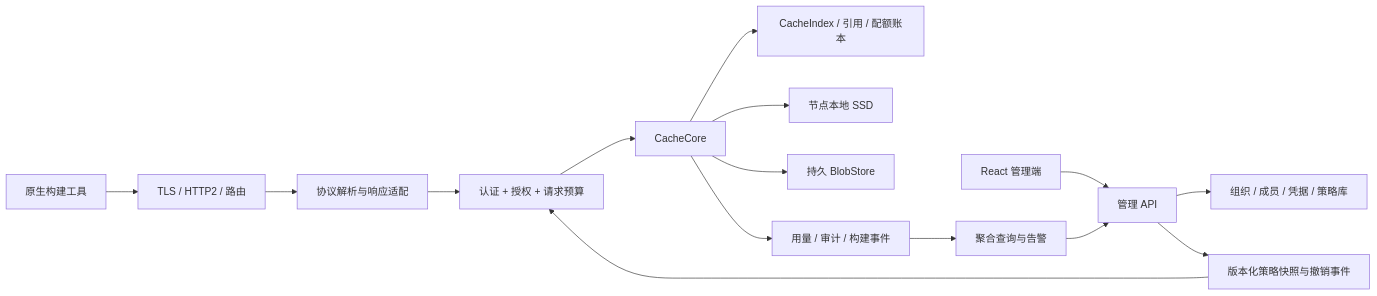
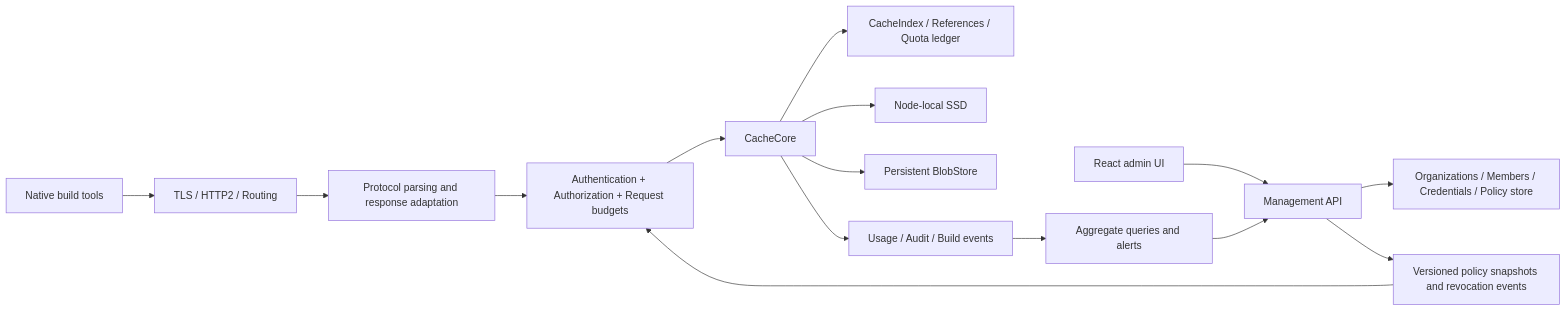
The diagram in docs/strategy/02-architecture-and-extension.md (expbuild/expbuild), drawn with Mermaid before and after one commit. The commit also changed other lines of this file and 39 other files, not shown here.

````diff
--- a/docs/strategy/02-architecture-and-extension.md
+++ b/docs/strategy/02-architecture-and-extension.md
@@ -24,17 +24,17 @@
 ```mermaid
 flowchart LR
-  Clients[原生构建工具] --> Ingress[TLS / HTTP2 / 路由]
-  Ingress --> Adapters[协议解析与响应适配]
-  Adapters --> Auth[认证 + 授权 + 请求预算]
+  Clients[Native build tools] --> Ingress[TLS / HTTP2 / Routing]
+  Ingress --> Adapters[Protocol parsing and response adaptation]
+  Adapters --> Auth[Authentication + Authorization + Request budgets]
   Auth --> Core[CacheCore]
-  Core --> Index[CacheIndex / 引用 / 配额账本]
-  Core --> SSD[节点本地 SSD]
-  Core --> Objects[持久 BlobStore]
-  Admin[React 管理端] --> Control[管理 API]
-  Control --> IAM[组织 / 成员 / 凭据 / 策略库]
-  Control --> Snapshot[版本化策略快照与撤销事件]
+  Core --> Index[CacheIndex / References / Quota ledger]
+  Core --> SSD[Node-local SSD]
+  Core --> Objects[Persistent BlobStore]
+  Admin[React admin UI] --> Control[Management API]
+  Control --> IAM[Organizations / Members / Credentials / Policy store]
+  Control --> Snapshot[Versioned policy snapshots and revocation events]
   Snapshot --> Auth
-  Core --> Events[用量 / 审计 / 构建事件]
-  Events --> Reports[聚合查询与告警]
+  Core --> Events[Usage / Audit / Build events]
+  Events --> Reports[Aggregate queries and alerts]
   Reports --> Control
 ```
````
